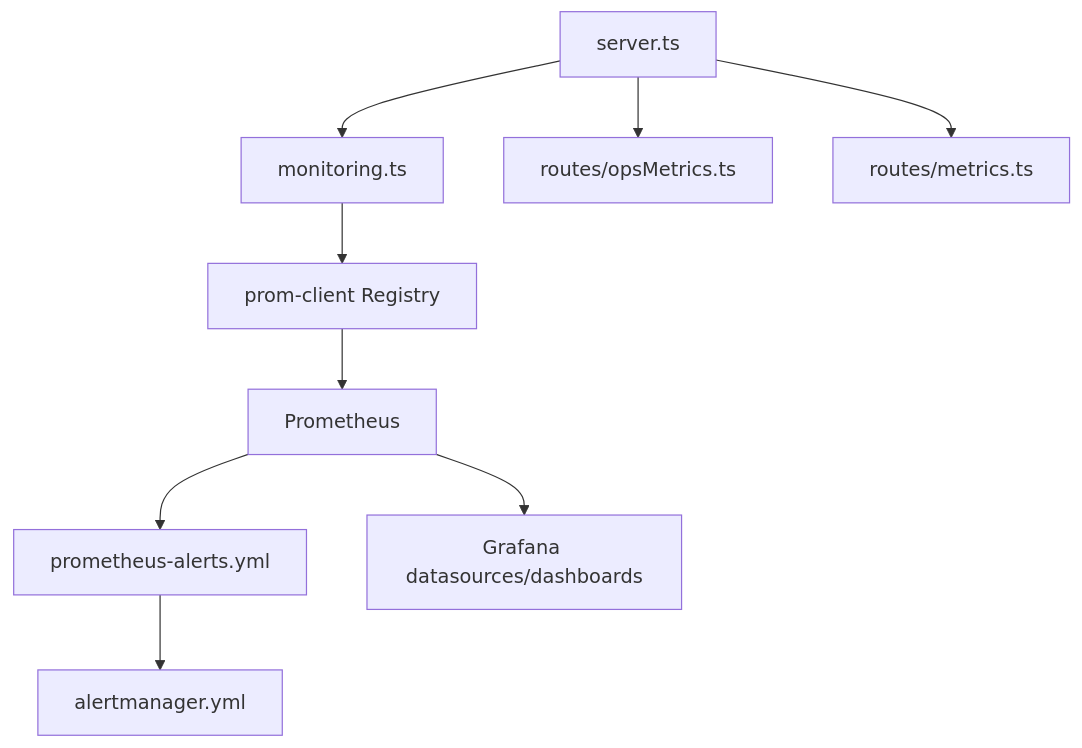
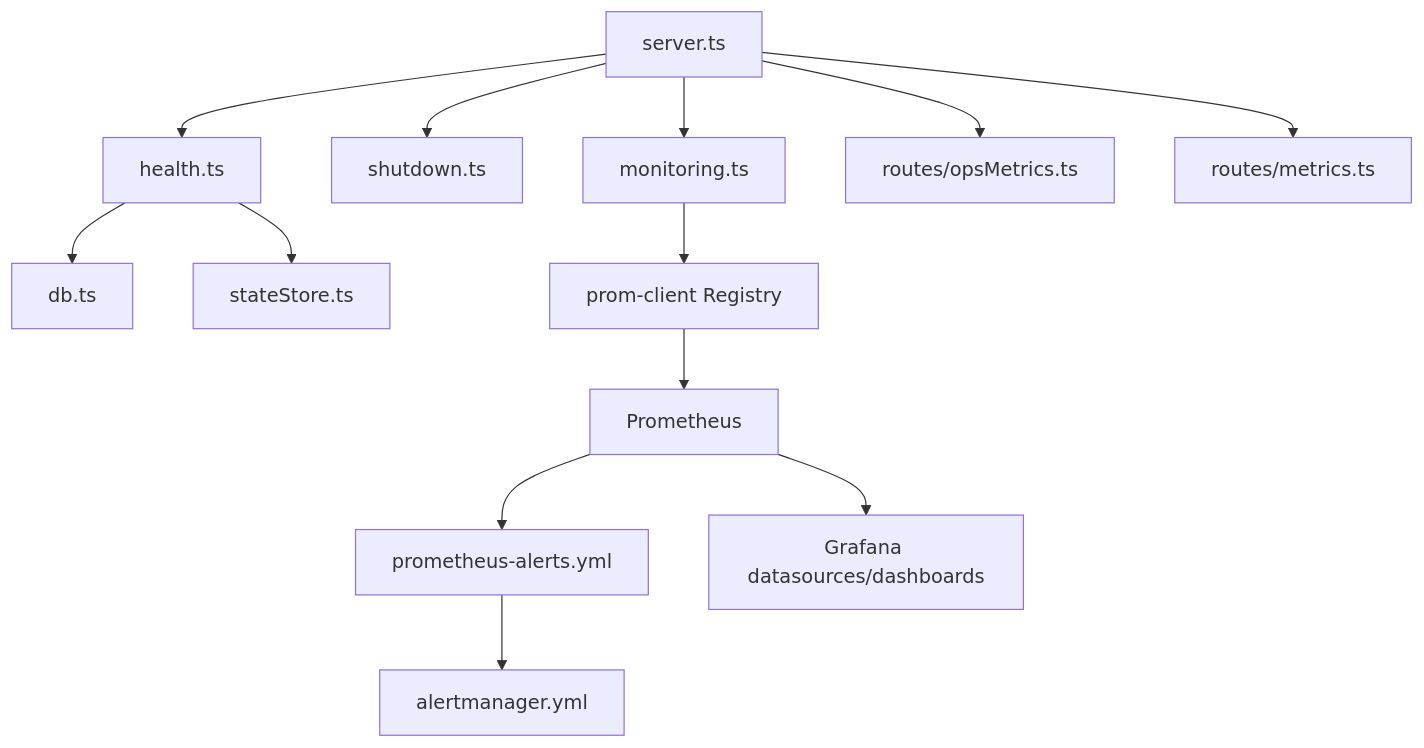
The tenth of 10 diagrams in .qoder/repowiki/zh/content/API参考/管理API/监控指标API.md (dgjin/smart-data-analytics), drawn with Mermaid before and after one commit. The commit also changed other lines of this file and 100 other files, not shown here.

````diff
--- a/.qoder/repowiki/zh/content/API参考/管理API/监控指标API.md
+++ b/.qoder/repowiki/zh/content/API参考/管理API/监控指标API.md
@@ -246,11 +366,15 @@
 ```mermaid
 graph TB
-S["server.ts"] --> M["monitoring.ts"]
+S["server.ts"] --> H["health.ts"]
+S --> SH["shutdown.ts"]
+S --> M["monitoring.ts"]
 S --> R1["routes/opsMetrics.ts"]
 S --> R2["routes/metrics.ts"]
+H --> DB["db.ts"]
+H --> SS["stateStore.ts"]
 M --> P["prom-client Registry"]
 P --> PM["Prometheus"]
 PM --> RA["prometheus-alerts.yml"]
 RA --> AM["alertmanager.yml"]
 PM --> GF["Grafana datasources/dashboards"]
 ```
````
